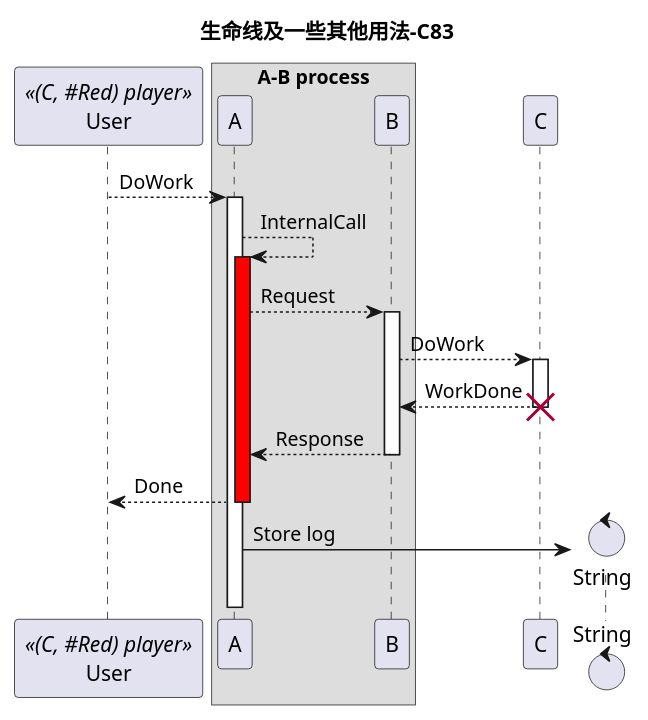
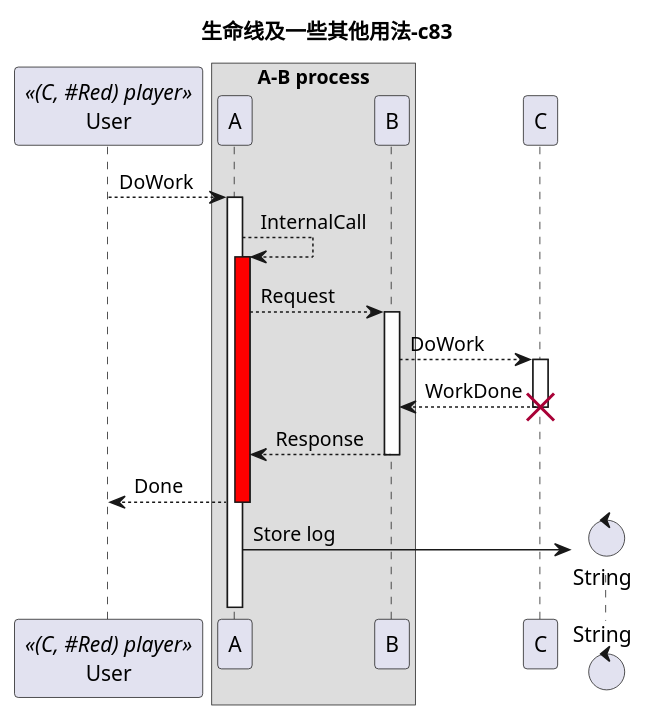
The third of 4 diagrams in examples/09_order_charts.puml (securitgithub/plantumlforvscode), drawn with PlantUML before and after one commit. The commit also changed other lines of this file and 43 other files, not shown here.

```diff
--- a/examples/09_order_charts.puml
+++ b/examples/09_order_charts.puml
@@ -93,31 +93,31 @@
 @startuml
-title 生命线及一些其他用法-C83
+title 生命线及一些其他用法-c83
 
 participant User << (C, #Red) player >>
 
 box A-B process
 
 User --> A : DoWork
 activate A
 
 A --> A : InternalCall
 activate A #red
 
 A --> B : Request
 activate B
 end box
 B --> C : DoWork
 activate C
 B <-- C : WorkDone
 destroy C
 
 B --> A : Response
 deactivate B
 
 A --> User : Done
 deactivate  A
 
 create control String
 
 A -> String : Store log
 @enduml
```
